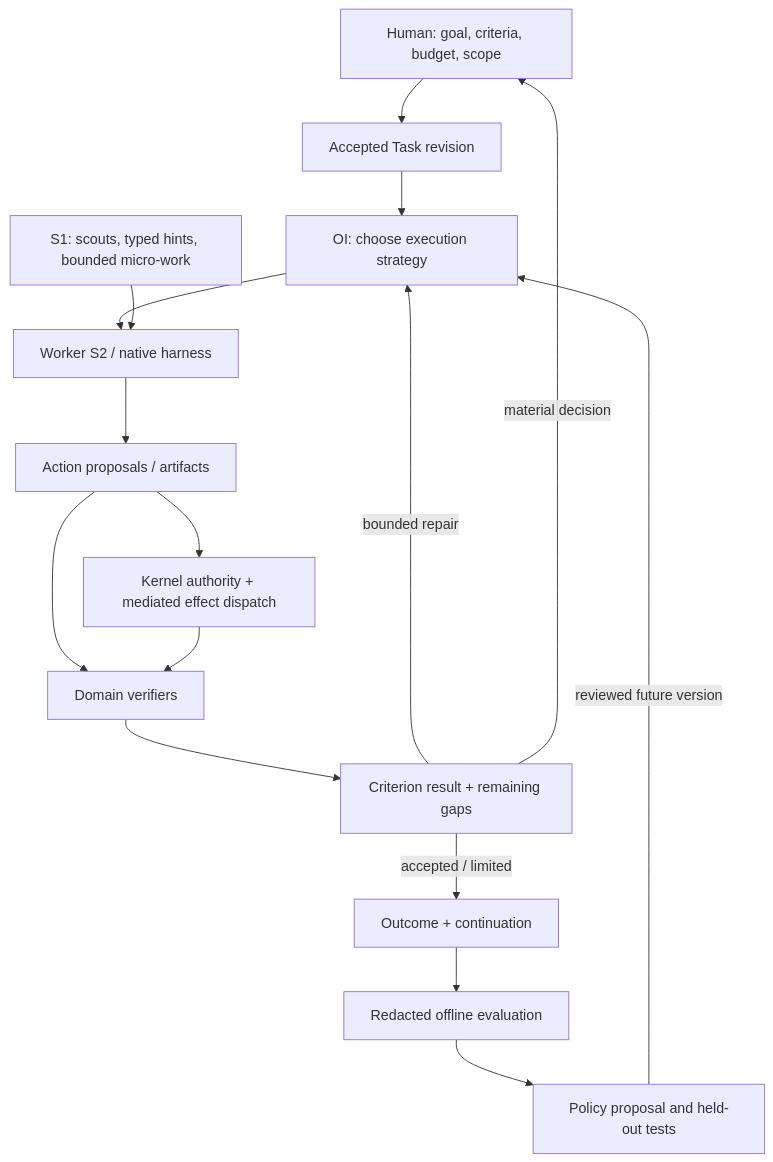
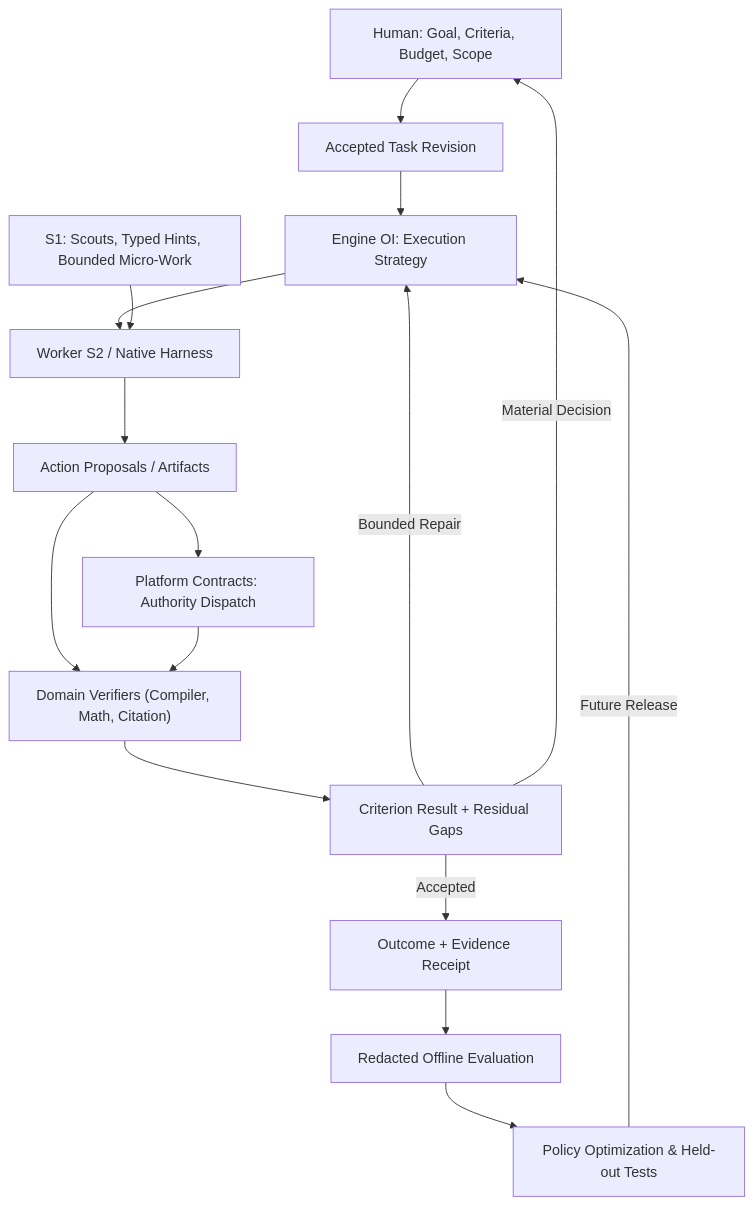
Before and after one commit to civi0411/Custos: the diagram in docs/architecture/sade-design-and-supervision.md, drawn with Mermaid. The commit also changed other lines of this file and 53 other files, not shown here.

First line of the commit message:
docs(architecture): rewrite and synchronize docs with 4 canonical platform blocks

````diff
--- a/docs/architecture/sade-design-and-supervision.md
+++ b/docs/architecture/sade-design-and-supervision.md
@@ -43,18 +48,18 @@
 ```mermaid
 flowchart TD
-    H["Human: goal, criteria, budget, scope"] --> T["Accepted Task revision"]
-    T --> O["OI: choose execution strategy"]
-    O --> W["Worker S2 / native harness"]
-    S["S1: scouts, typed hints, bounded micro-work"] --> W
-    W --> A["Action proposals / artifacts"]
-    A --> G["Kernel authority + mediated effect dispatch"]
-    A --> V["Domain verifiers"]
+    H["Human: Goal, Criteria, Budget, Scope"] --> T["Accepted Task Revision"]
+    T --> O["Engine OI: Execution Strategy"]
+    O --> W["Worker S2 / Native Harness"]
+    S["S1: Scouts, Typed Hints, Bounded Micro-Work"] --> W
+    W --> A["Action Proposals / Artifacts"]
+    A --> G["Platform Contracts: Authority Dispatch"]
+    A --> V["Domain Verifiers (Compiler, Math, Citation)"]
     G --> V
-    V --> D["Criterion result + remaining gaps"]
-    D -->|"bounded repair"| O
-    D -->|"material decision"| H
-    D -->|"accepted / limited"| R["Outcome + continuation"]
-    R --> M["Redacted offline evaluation"]
-    M --> P["Policy proposal and held-out tests"]
-    P -->|"reviewed future version"| O
+    V --> D["Criterion Result + Residual Gaps"]
+    D -->|"Bounded Repair"| O
+    D -->|"Material Decision"| H
+    D -->|"Accepted"| R["Outcome + Evidence Receipt"]
+    R --> M["Redacted Offline Evaluation"]
+    M --> P["Policy Optimization & Held-out Tests"]
+    P -->|"Future Release"| O
 ```
````
